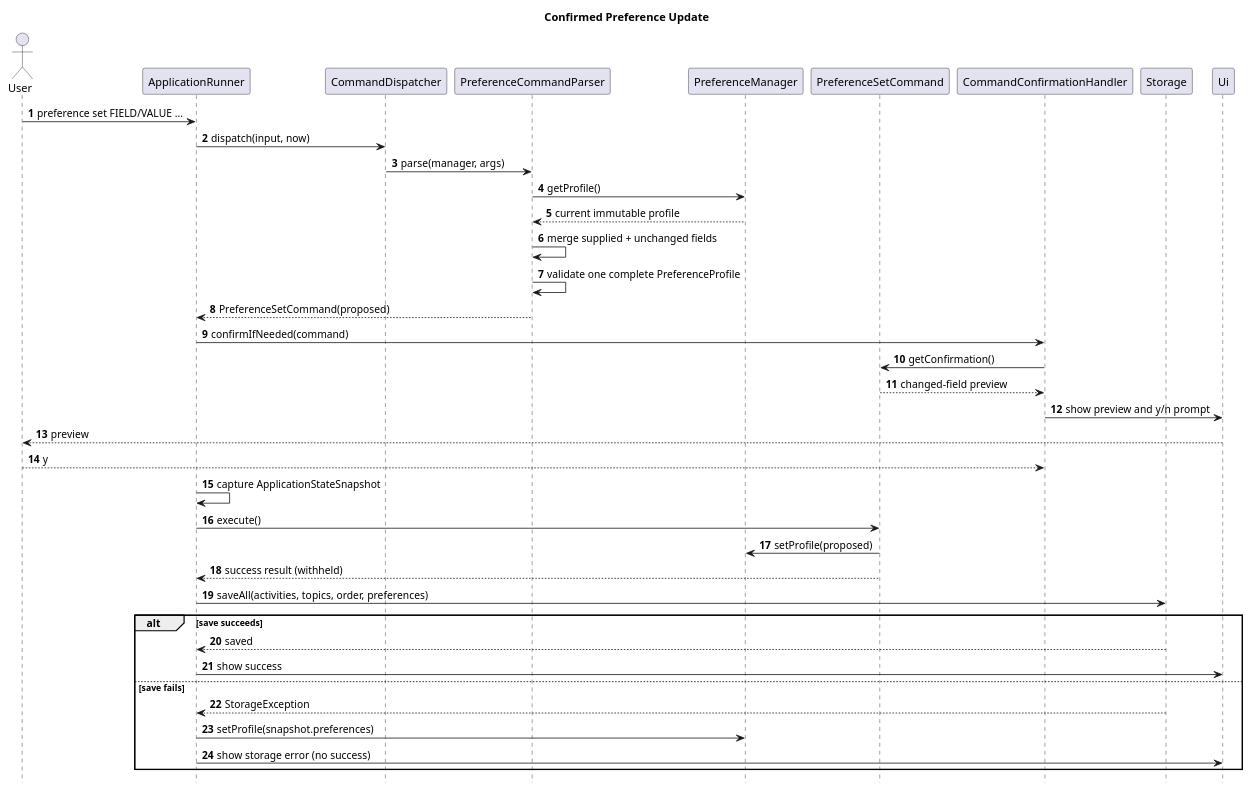
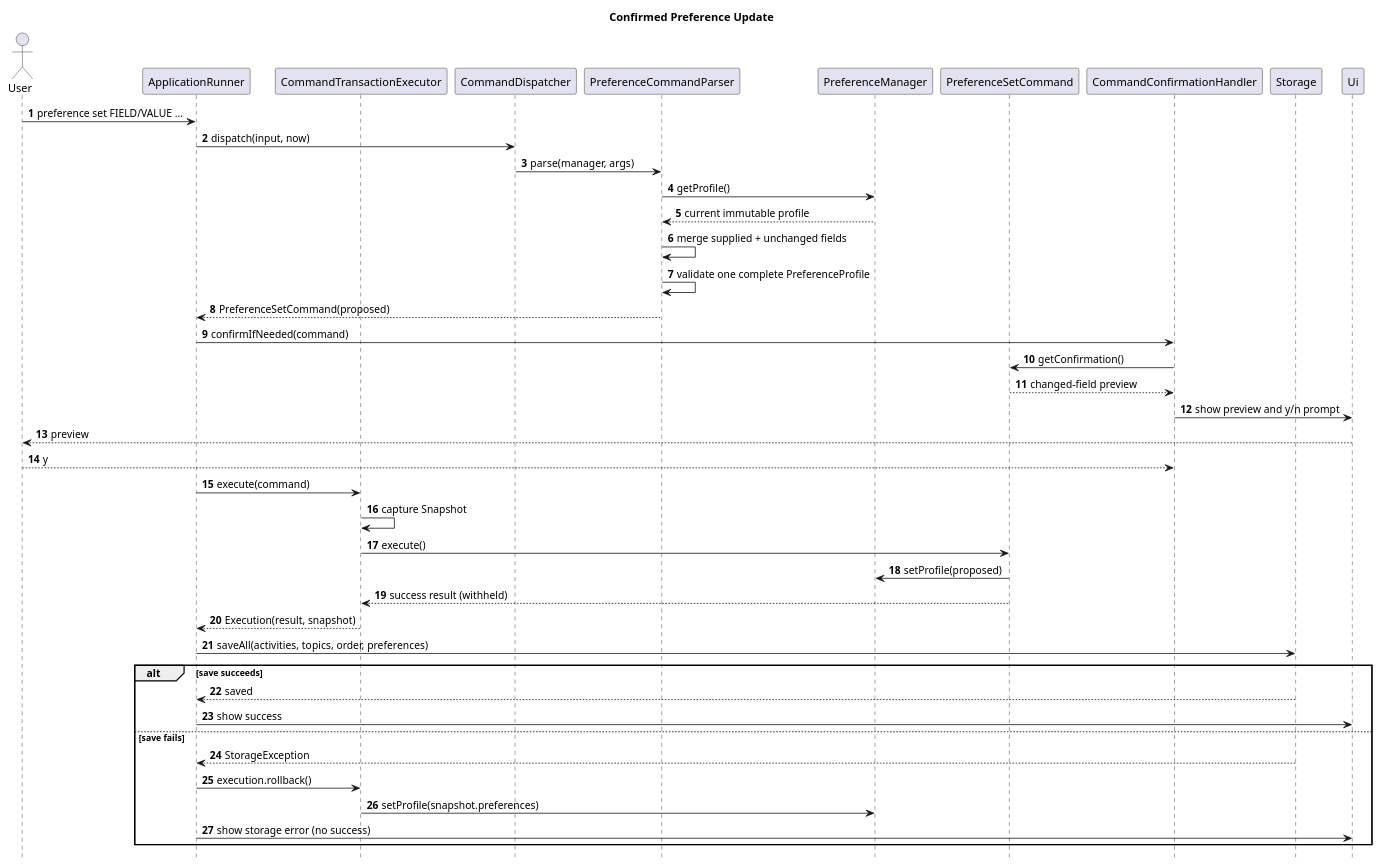
One commit to lukelouyu/SelfTeamProject changed the diagram in docs/diagrams/sequence/PreferenceSetSequence.puml. Above: the diagram before and after it, drawn with PlantUML. The commit also changed 84 other files, not shown here.

```diff
--- a/docs/diagrams/sequence/PreferenceSetSequence.puml
+++ b/docs/diagrams/sequence/PreferenceSetSequence.puml
@@ -1,46 +1,50 @@
 @startuml
 title Confirmed Preference Update
 
 skinparam shadowing false
 hide footbox
 autonumber
 
 actor User
 participant ApplicationRunner as Runner
+participant CommandTransactionExecutor as Transaction
 participant CommandDispatcher as Dispatcher
 participant PreferenceCommandParser as Parser
 participant PreferenceManager as Manager
 participant PreferenceSetCommand as Command
 participant CommandConfirmationHandler as Confirmation
 participant Storage
 participant Ui
 
 User -> Runner : preference set FIELD/VALUE ...
 Runner -> Dispatcher : dispatch(input, now)
 Dispatcher -> Parser : parse(manager, args)
 Parser -> Manager : getProfile()
 Manager --> Parser : current immutable profile
 Parser -> Parser : merge supplied + unchanged fields
 Parser -> Parser : validate one complete PreferenceProfile
 Parser --> Runner : PreferenceSetCommand(proposed)
 Runner -> Confirmation : confirmIfNeeded(command)
 Confirmation -> Command : getConfirmation()
 Command --> Confirmation : changed-field preview
 Confirmation -> Ui : show preview and y/n prompt
 Ui --> User : preview
 User --> Confirmation : y
-Runner -> Runner : capture ApplicationStateSnapshot
-Runner -> Command : execute()
+Runner -> Transaction : execute(command)
+Transaction -> Transaction : capture Snapshot
+Transaction -> Command : execute()
 Command -> Manager : setProfile(proposed)
-Command --> Runner : success result (withheld)
+Command --> Transaction : success result (withheld)
+Transaction --> Runner : Execution(result, snapshot)
 Runner -> Storage : saveAll(activities, topics, order, preferences)
 alt save succeeds
   Storage --> Runner : saved
   Runner -> Ui : show success
 else save fails
   Storage --> Runner : StorageException
-  Runner -> Manager : setProfile(snapshot.preferences)
+  Runner -> Transaction : execution.rollback()
+  Transaction -> Manager : setProfile(snapshot.preferences)
   Runner -> Ui : show storage error (no success)
 end
 
 @enduml
```
